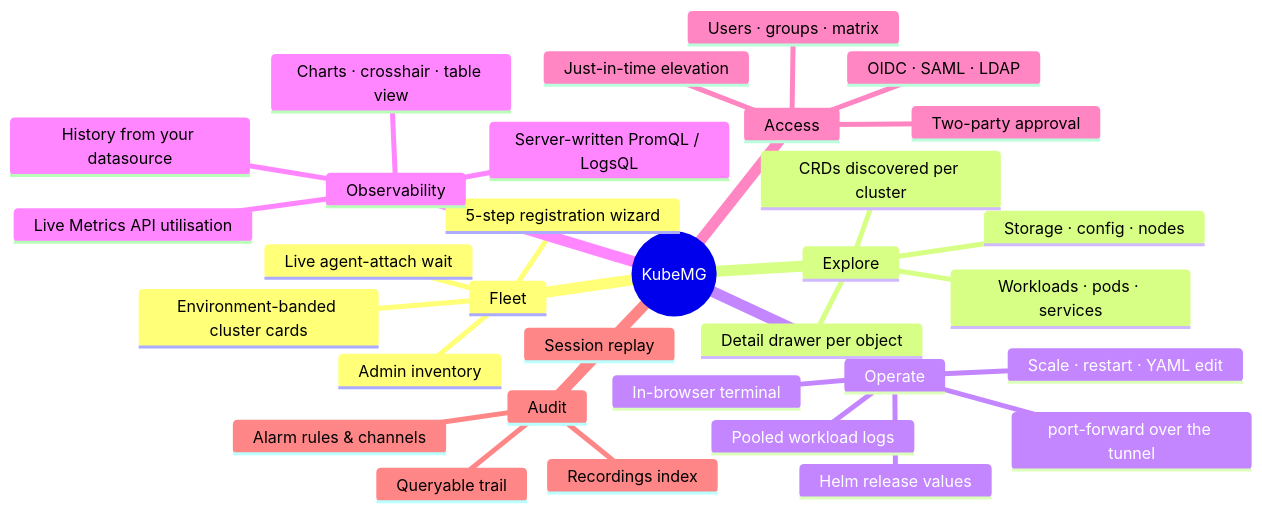
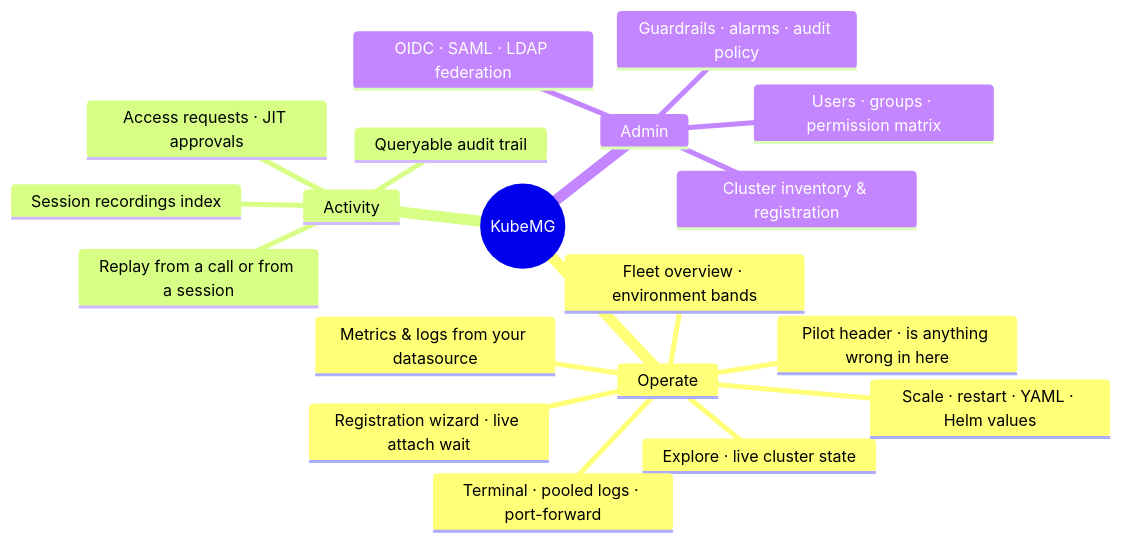
Before and after one commit to kubemg/kubemg: the fourth of 7 diagrams in README.md, drawn with Mermaid. The commit also changed other lines of this file, not shown here.

````diff
--- a/README.md
+++ b/README.md
@@ -157,35 +166,22 @@
 ```mermaid
 mindmap
   root(("KubeMG"))
-    Fleet
-      Environment-banded cluster cards
-      Admin inventory
-      5-step registration wizard
-      Live agent-attach wait
-    Explore
-      Workloads · pods · services
-      Storage · config · nodes
-      CRDs discovered per cluster
-      Detail drawer per object
     Operate
-      In-browser terminal
-      Pooled workload logs
-      Scale · restart · YAML edit
-      port-forward over the tunnel
-      Helm release values
-    Observability
-      Live Metrics API utilisation
-      History from your datasource
-      Server-written PromQL / LogsQL
-      Charts · crosshair · table view
-    Access
-      Users · groups · matrix
-      OIDC · SAML · LDAP
-      Just-in-time elevation
-      Two-party approval
-    Audit
-      Queryable trail
-      Session replay
-      Recordings index
-      Alarm rules & channels
+      Fleet overview · environment bands
+      Registration wizard · live attach wait
+      Explore · live cluster state
+      Pilot header · is anything wrong in here
+      Terminal · pooled logs · port-forward
+      Scale · restart · YAML · Helm values
+      Metrics & logs from your datasource
+    Activity
+      Access requests · JIT approvals
+      Queryable audit trail
+      Session recordings index
+      Replay from a call or from a session
+    Admin
+      Cluster inventory & registration
+      Users · groups · permission matrix
+      OIDC · SAML · LDAP federation
+      Guardrails · alarms · audit policy
 ```
````
